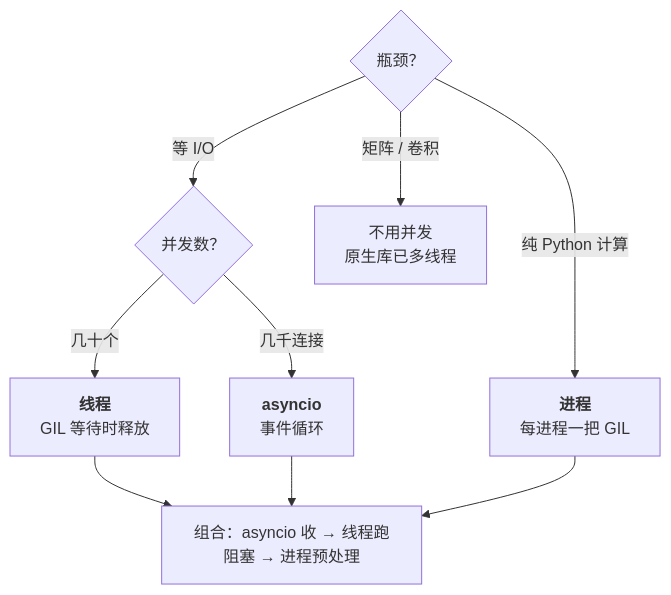
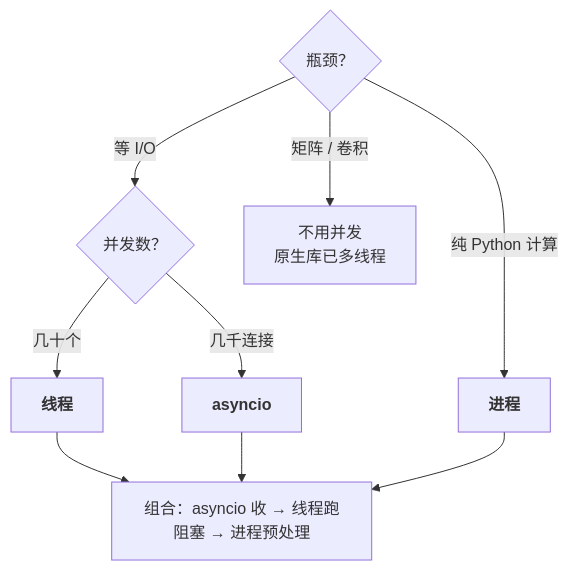
The third of 4 diagrams in slides/2026-01-30-python-for-ai-infra.md (arganzheng/arganzheng.github.com), drawn with Mermaid before and after one commit. The commit also changed other lines of this file, not shown here.

Commit message:
slides(2026-01-30-python-for-ai-infra): 图内文字 ≥14px——标签缩短/拆分/Unicode 数学

````diff
--- a/slides/2026-01-30-python-for-ai-infra.md
+++ b/slides/2026-01-30-python-for-ai-infra.md
@@ -104,10 +106,10 @@
 ```mermaid
 %%{init: {"flowchart": {"wrappingWidth": 200}}}%%
 flowchart TB
     Q{"瓶颈？"} -- "等 I/O" --> IO{"并发数？"}
-    IO -- "几十个" --> TH["<b>线程</b><br/>GIL 等待时释放"]
-    IO -- "几千连接" --> AS["<b>asyncio</b><br/>事件循环"]
-    Q -- "纯 Python 计算" --> PR["<b>进程</b><br/>每进程一把 GIL"]
+    IO -- "几十个" --> TH["<b>线程</b>"]
+    IO -- "几千连接" --> AS["<b>asyncio</b>"]
+    Q -- "纯 Python 计算" --> PR["<b>进程</b>"]
     Q -- "矩阵 / 卷积" --> NAT["不用并发<br/>原生库已多线程"]
     TH & AS & PR --> C["组合：asyncio 收 → 线程跑阻塞 → 进程预处理"]
 ```
````
